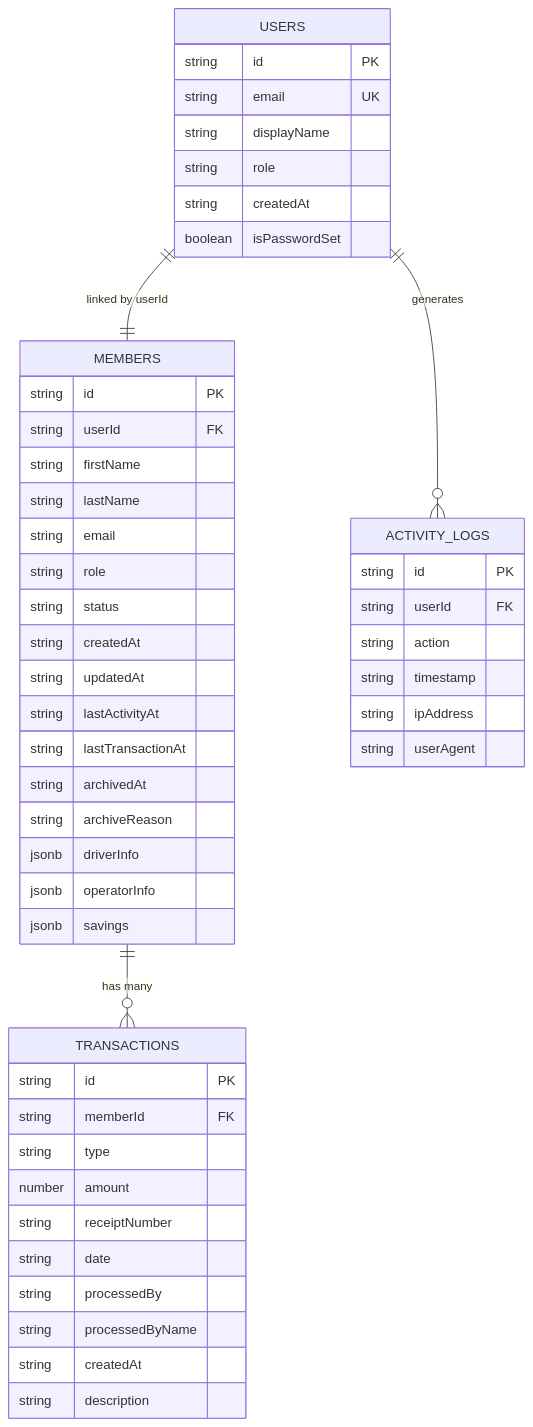
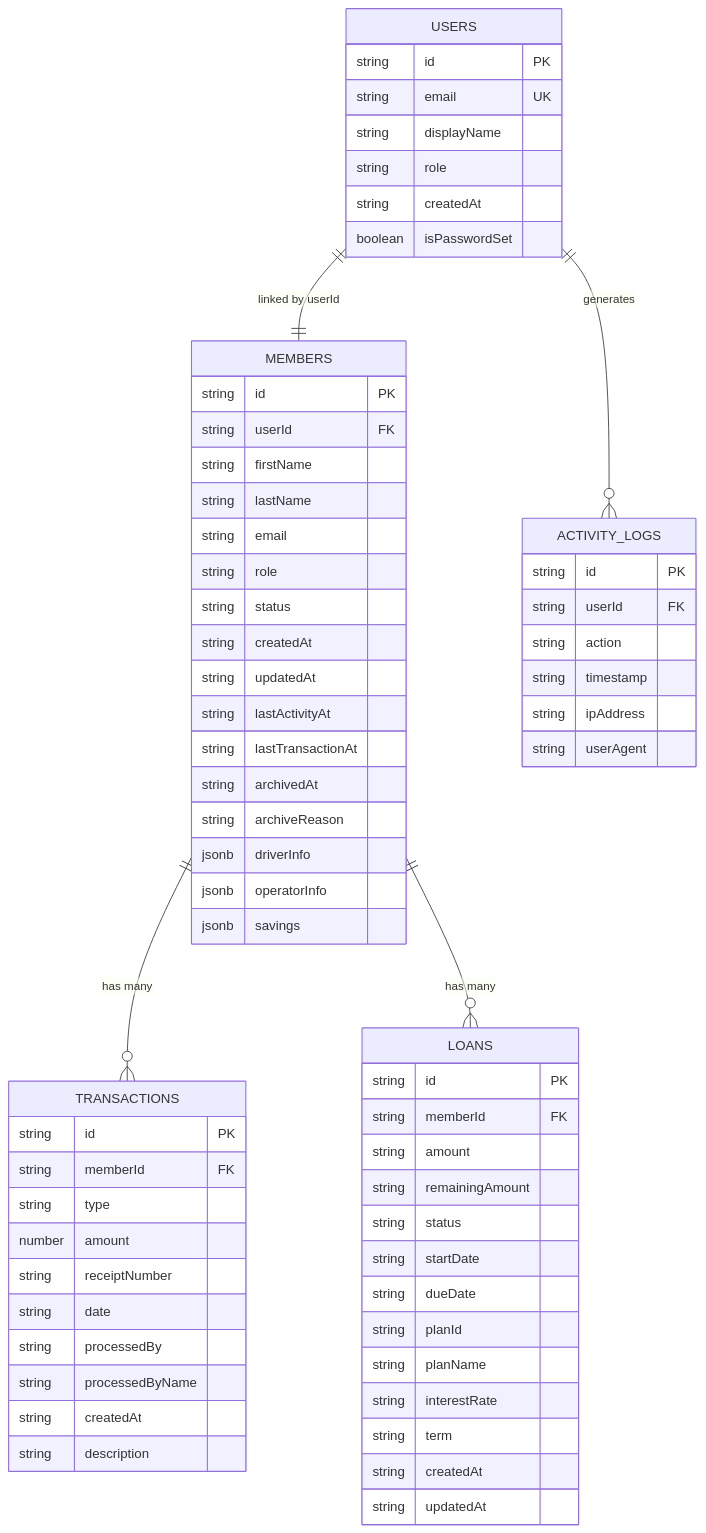
The third of 16 diagrams in .qoder/repowiki/en/content/Member Management System/Member Records System.md (Unsure-bry/sampacoop_system), drawn with Mermaid before and after one commit. The commit also changed other lines of this file and 7 other files, not shown here.

````diff
--- a/.qoder/repowiki/en/content/Member Management System/Member Records System.md
+++ b/.qoder/repowiki/en/content/Member Management System/Member Records System.md
@@ -209,52 +218,68 @@
 ```mermaid
 erDiagram
 USERS {
 string id PK
 string email UK
 string displayName
 string role
 string createdAt
 boolean isPasswordSet
 }
 MEMBERS {
 string id PK
 string userId FK
 string firstName
 string lastName
 string email
 string role
 string status
 string createdAt
 string updatedAt
 string lastActivityAt
 string lastTransactionAt
 string archivedAt
 string archiveReason
 jsonb driverInfo
 jsonb operatorInfo
 jsonb savings
 }
 TRANSACTIONS {
 string id PK
 string memberId FK
 string type
 number amount
 string receiptNumber
 string date
 string processedBy
 string processedByName
 string createdAt
 string description
 }
 ACTIVITY_LOGS {
 string id PK
 string userId FK
 string action
 string timestamp
 string ipAddress
 string userAgent
 }
+LOANS {
+string id PK
+string memberId FK
+string amount
+string remainingAmount
+string status
+string startDate
+string dueDate
+string planId
+string planName
+string interestRate
+string term
+string createdAt
+string updatedAt
+}
 USERS ||--|| MEMBERS : "linked by userId"
 USERS ||--o{ ACTIVITY_LOGS : "generates"
 MEMBERS ||--o{ TRANSACTIONS : "has many"
+MEMBERS ||--o{ LOANS : "has many"
 ```
````
